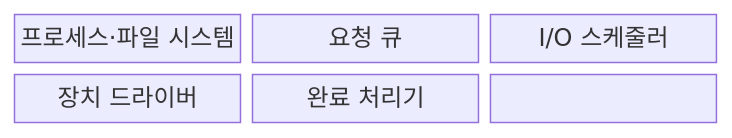
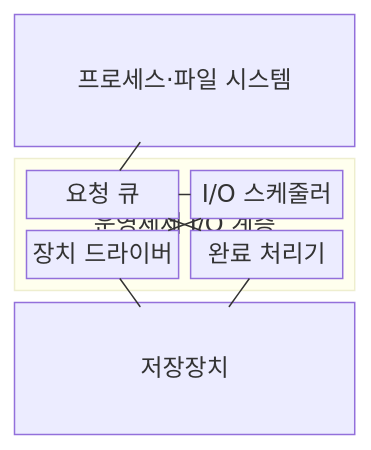
One commit to agnusdei1207/knowledge-base changed the first of 2 diagrams in src/content/docs/notes/03-software/022_io_management_disk_scheduling.md. Above: the diagram before and after it, drawn with Mermaid. The commit also changed other lines of this file and 20 other files, not shown here.

````diff
--- a/src/content/docs/notes/03-software/022_io_management_disk_scheduling.md
+++ b/src/content/docs/notes/03-software/022_io_management_disk_scheduling.md
@@ -70,11 +71,19 @@
 ```mermaid
-block-beta
-  columns 3
-  P["프로세스·파일 시스템"]
-  Q["요청 큐"]
-  S["I/O 스케줄러"]
-  D["장치 드라이버"]
-  C["완료 처리기"]
-  P --- Q --- S
-  S --- D --- C
+block
+    columns 1
+    P["프로세스·파일 시스템"]
+    block:IO["운영체제 I/O 계층"]
+        columns 2
+        Q["요청 큐"]
+        S["I/O 스케줄러"]
+        D["장치 드라이버"]
+        C["완료 처리기"]
+    end
+    V["저장장치"]
+    P --- Q
+    Q --- S
+    S --- D
+    D --- V
+    V --- C
+    C --- Q
 ```
````
